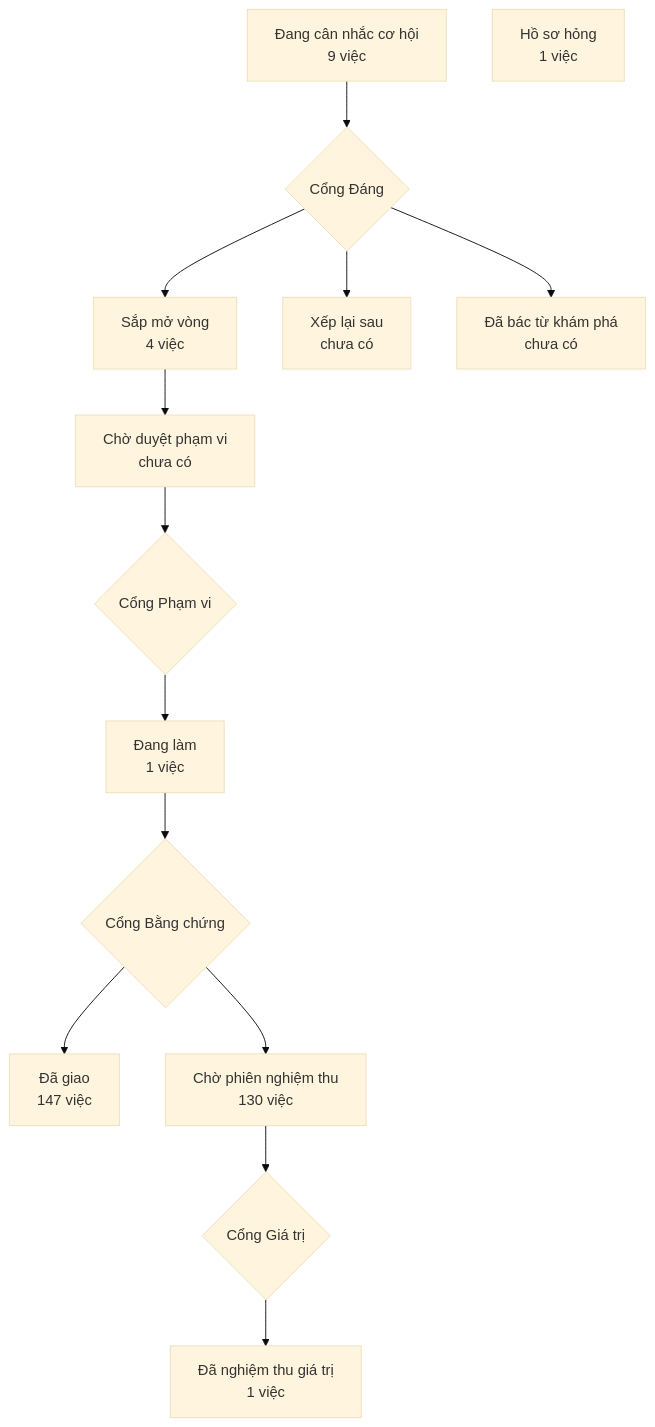
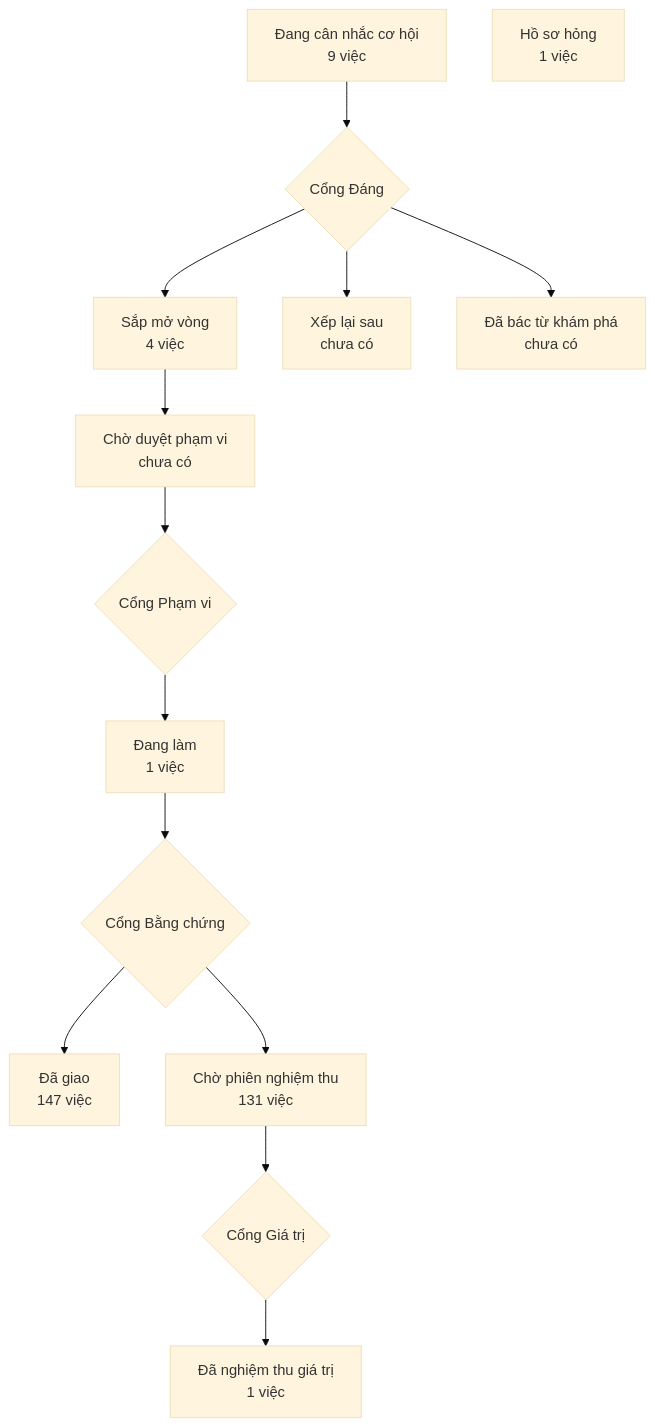
Before and after one commit to phanlemanh/crm-onehub: the diagram in PRODUCT-MAP.md, drawn with Mermaid (base theme). The commit also changed 1 other file, not shown here.

Commit message:
chore(bo-cuc-hep-ngan-va-kanban): vẽ lại bản đồ sau gộp onehub 264416230

````diff
--- a/PRODUCT-MAP.md
+++ b/PRODUCT-MAP.md
@@ -7,13 +7,13 @@
 ```mermaid
 flowchart TD
   A["Đang cân nhắc cơ hội<br/>9 việc"] --> GD{"Cổng Đáng"}
   GD --> B["Sắp mở vòng<br/>4 việc"]
   GD --> XL["Xếp lại sau<br/>chưa có"]
   GD --> DB["Đã bác từ khám phá<br/>chưa có"]
   B --> CD["Chờ duyệt phạm vi<br/>chưa có"] --> GP{"Cổng Phạm vi"}
   GP --> DL["Đang làm<br/>1 việc"] --> GB{"Cổng Bằng chứng"}
   GB --> DG["Đã giao<br/>147 việc"]
-  GB --> CN["Chờ phiên nghiệm thu<br/>130 việc"] --> GG{"Cổng Giá trị"}
+  GB --> CN["Chờ phiên nghiệm thu<br/>131 việc"] --> GG{"Cổng Giá trị"}
   GG --> NT["Đã nghiệm thu giá trị<br/>1 việc"]
   HS["Hồ sơ hỏng<br/>1 việc"]
 ```
````
